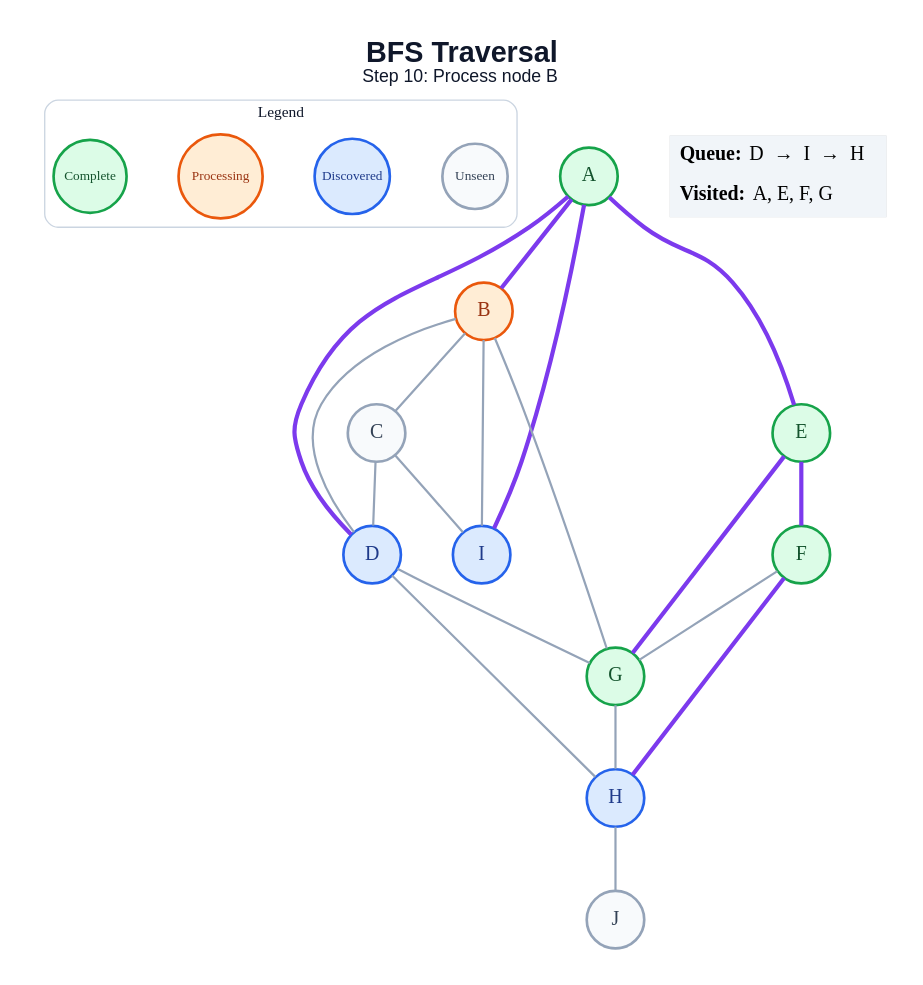
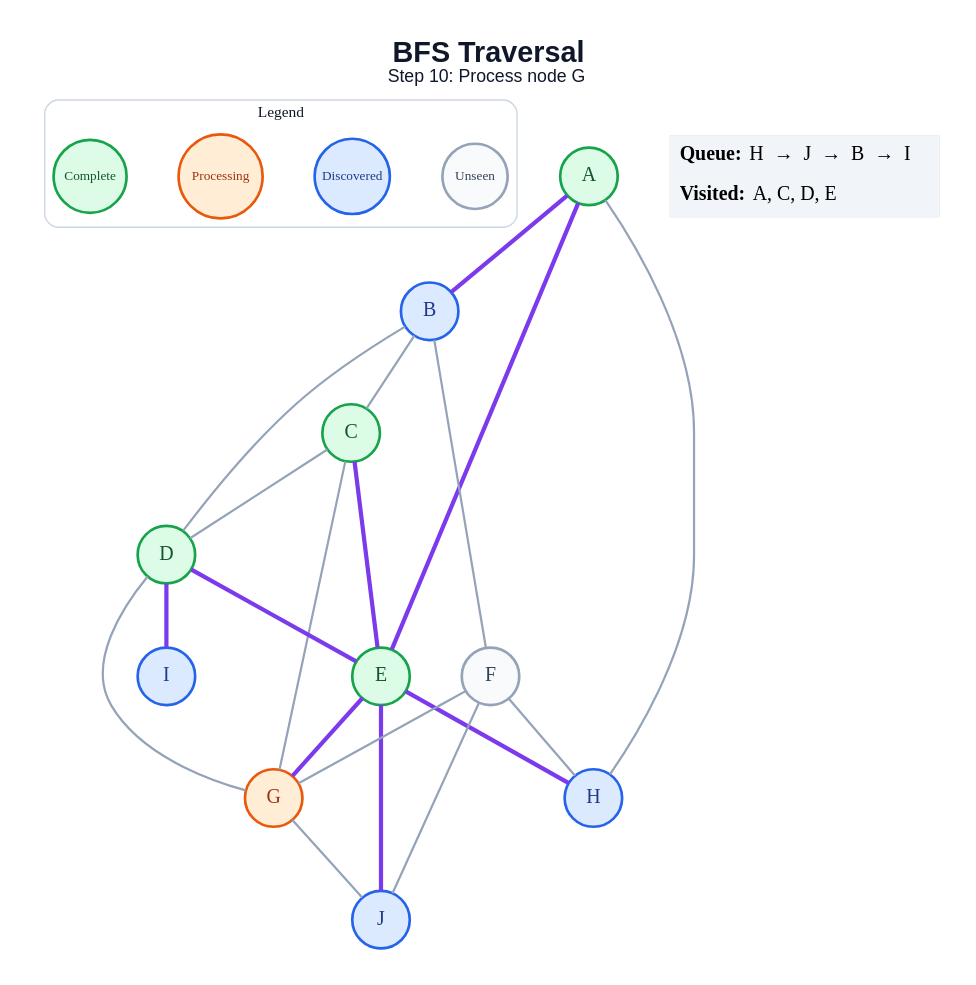
The diagram in generated/specific-node/bfs/step_10.dot (amanghodawala9/ai-slop), drawn with Graphviz before and after one commit. The commit also changed 178 other files, not shown here.

```diff
--- a/generated/specific-node/bfs/step_10.dot
+++ b/generated/specific-node/bfs/step_10.dot
@@ -1,47 +1,48 @@
 graph traversal {
   graph [layout=dot, rankdir=TB, bgcolor="#FFFFFF", pad="0.35", nodesep="0.65", ranksep="0.8", fontname="Arial"];
   node [shape=circle, style="filled", fontname="Arial Bold", fontsize=18, width=0.72, fixedsize=true, penwidth=2.4];
   edge [color="#94A3B8", penwidth=2.0];
-  label=<<B>BFS Traversal</B><BR/><FONT POINT-SIZE="16">Step 10: Process node B</FONT>>; labelloc="t"; fontsize=26; fontname="Arial"; fontcolor="#0F172A";
+  label=<<B>BFS Traversal</B><BR/><FONT POINT-SIZE="16">Step 10: Process node G</FONT>>; labelloc="t"; fontsize=26; fontname="Arial"; fontcolor="#0F172A";
   subgraph cluster_legend { label="Legend"; color="#CBD5E1"; penwidth=1.2; style="rounded"; fontsize=14; fontname="Arial Bold";
     key_unseen [label="Unseen", fillcolor="#F8FAFC", color="#94A3B8", fontcolor="#334155", fontsize=12, width=0.82];
     key_frontier [label="Discovered", fillcolor="#DBEAFE", color="#2563EB", fontcolor="#1E3A8A", fontsize=12, width=0.95];
     key_current [label="Processing", fillcolor="#FFEDD5", color="#EA580C", fontcolor="#9A3412", fontsize=12, width=1.05];
     key_done [label="Complete", fillcolor="#DCFCE7", color="#16A34A", fontcolor="#14532D", fontsize=12, width=0.92];
     { rank=same; key_unseen; key_frontier; key_current; key_done; }
   }
   A [fillcolor="#DCFCE7", color="#16A34A", fontcolor="#14532D"];
-  B [fillcolor="#FFEDD5", color="#EA580C", fontcolor="#9A3412"];
-  C [fillcolor="#F8FAFC", color="#94A3B8", fontcolor="#334155"];
-  D [fillcolor="#DBEAFE", color="#2563EB", fontcolor="#1E3A8A"];
+  B [fillcolor="#DBEAFE", color="#2563EB", fontcolor="#1E3A8A"];
+  C [fillcolor="#DCFCE7", color="#16A34A", fontcolor="#14532D"];
+  D [fillcolor="#DCFCE7", color="#16A34A", fontcolor="#14532D"];
   E [fillcolor="#DCFCE7", color="#16A34A", fontcolor="#14532D"];
-  F [fillcolor="#DCFCE7", color="#16A34A", fontcolor="#14532D"];
-  G [fillcolor="#DCFCE7", color="#16A34A", fontcolor="#14532D"];
+  F [fillcolor="#F8FAFC", color="#94A3B8", fontcolor="#334155"];
+  G [fillcolor="#FFEDD5", color="#EA580C", fontcolor="#9A3412"];
   H [fillcolor="#DBEAFE", color="#2563EB", fontcolor="#1E3A8A"];
   I [fillcolor="#DBEAFE", color="#2563EB", fontcolor="#1E3A8A"];
-  J [fillcolor="#F8FAFC", color="#94A3B8", fontcolor="#334155"];
+  J [fillcolor="#DBEAFE", color="#2563EB", fontcolor="#1E3A8A"];
   A -- B [color="#7C3AED", penwidth=3.8];
-  A -- D [color="#7C3AED", penwidth=3.8];
   A -- E [color="#7C3AED", penwidth=3.8];
-  A -- I [color="#7C3AED", penwidth=3.8];
+  A -- H;
   B -- C;
   B -- D;
-  B -- G;
-  B -- I;
+  B -- F;
   C -- D;
-  C -- I;
+  C -- E [color="#7C3AED", penwidth=3.8];
+  C -- G;
+  D -- E [color="#7C3AED", penwidth=3.8];
   D -- G;
-  D -- H;
-  E -- F [color="#7C3AED", penwidth=3.8];
+  D -- I [color="#7C3AED", penwidth=3.8];
   E -- G [color="#7C3AED", penwidth=3.8];
+  E -- H [color="#7C3AED", penwidth=3.8];
+  E -- J [color="#7C3AED", penwidth=3.8];
   F -- G;
-  F -- H [color="#7C3AED", penwidth=3.8];
-  G -- H;
-  H -- J;
+  F -- H;
+  F -- J;
+  G -- J;
   status [shape=plain, fixedsize=false, width=0, height=0, margin=0, label=<
     <TABLE BORDER="0" CELLBORDER="0" CELLPADDING="7" BGCOLOR="#F1F5F9">
-      <TR><TD ALIGN="LEFT"><B>Queue:</B> D  →  I  →  H</TD></TR>
-      <TR><TD ALIGN="LEFT"><B>Visited:</B> A, E, F, G</TD></TR>
+      <TR><TD ALIGN="LEFT"><B>Queue:</B> H  →  J  →  B  →  I</TD></TR>
+      <TR><TD ALIGN="LEFT"><B>Visited:</B> A, C, D, E</TD></TR>
     </TABLE>
   >];
 }
```
